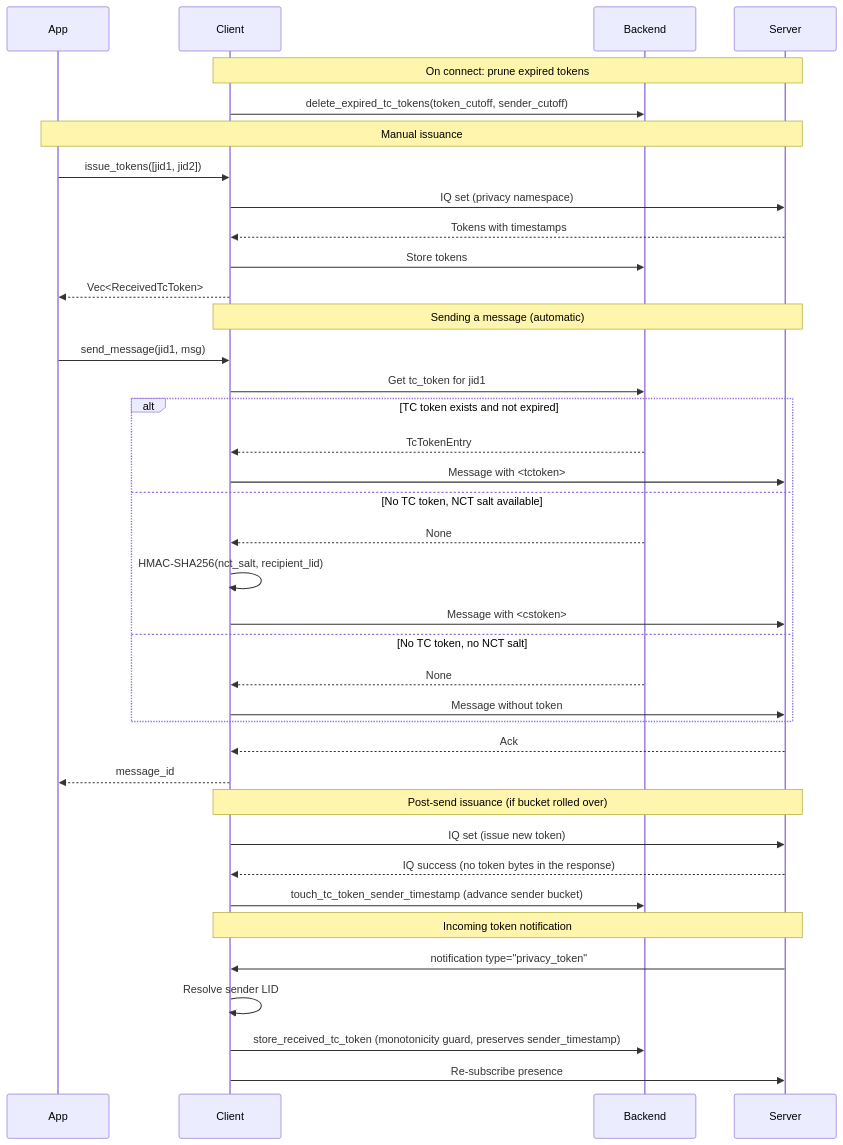
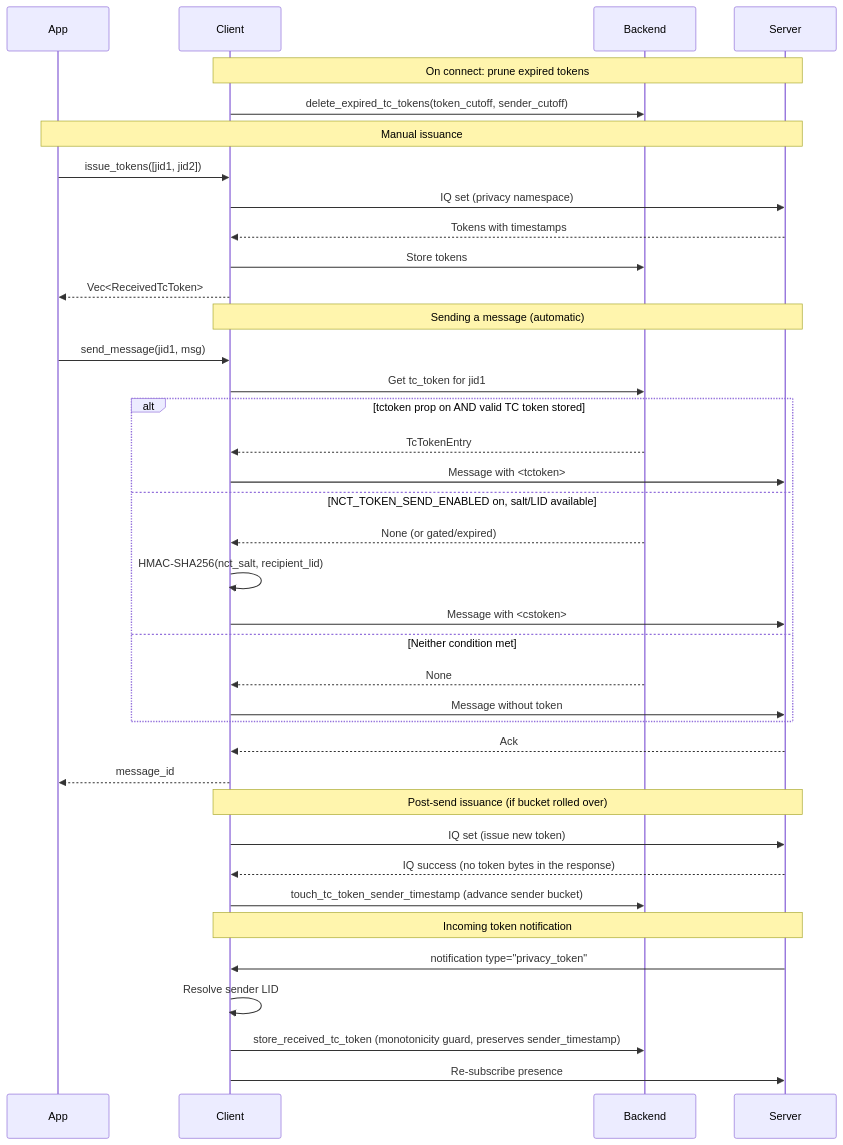
Before and after one commit to jlucaso1/whatsapp-rust-docs: the diagram in api/tctoken.mdx, drawn with Mermaid. The commit also changed other lines of this file, not shown here.

Commit message:
docs(tctoken): align fallback-chain list and sequence diagram with AB prop gating
Address Greptile follow-up: the "Automatic usage" numbered list and the
token-lifecycle sequence diagram's alt block predated this PR and still
described cstoken as a "first-contact" / "no TC token" only fallback,
contradicting the AB prop gating section added earlier in this PR
(cstoken also wins whenever the tctoken prop is off, even with a valid
token stored). Reworded both to reference the actual priority logic.

````diff
--- a/api/tctoken.mdx
+++ b/api/tctoken.mdx
@@ -322,47 +322,47 @@
 ```mermaid
 sequenceDiagram
     participant App
     participant Client
     participant Backend
     participant Server
     
     Note over Client,Server: On connect: prune expired tokens
     Client->>Backend: delete_expired_tc_tokens(token_cutoff, sender_cutoff)
     
     Note over App,Server: Manual issuance
     App->>Client: issue_tokens([jid1, jid2])
     Client->>Server: IQ set (privacy namespace)
     Server-->>Client: Tokens with timestamps
     Client->>Backend: Store tokens
     Client-->>App: Vec<ReceivedTcToken>
     
     Note over Client,Server: Sending a message (automatic)
     App->>Client: send_message(jid1, msg)
     Client->>Backend: Get tc_token for jid1
     
-    alt TC token exists and not expired
+    alt tctoken prop on AND valid TC token stored
         Backend-->>Client: TcTokenEntry
         Client->>Server: Message with <tctoken>
-    else No TC token, NCT salt available
-        Backend-->>Client: None
+    else NCT_TOKEN_SEND_ENABLED on, salt/LID available
+        Backend-->>Client: None (or gated/expired)
         Client->>Client: HMAC-SHA256(nct_salt, recipient_lid)
         Client->>Server: Message with <cstoken>
-    else No TC token, no NCT salt
+    else Neither condition met
         Backend-->>Client: None
         Client->>Server: Message without token
     end
     
     Server-->>Client: Ack
     Client-->>App: message_id
     
     Note over Client,Server: Post-send issuance (if bucket rolled over)
     Client->>Server: IQ set (issue new token)
     Server-->>Client: IQ success (no token bytes in the response)
     Client->>Backend: touch_tc_token_sender_timestamp (advance sender bucket)
     
     Note over Client,Server: Incoming token notification
     Server->>Client: notification type="privacy_token"
     Client->>Client: Resolve sender LID
     Client->>Backend: store_received_tc_token (monotonicity guard, preserves sender_timestamp)
     Client->>Server: Re-subscribe presence
 ```
````
